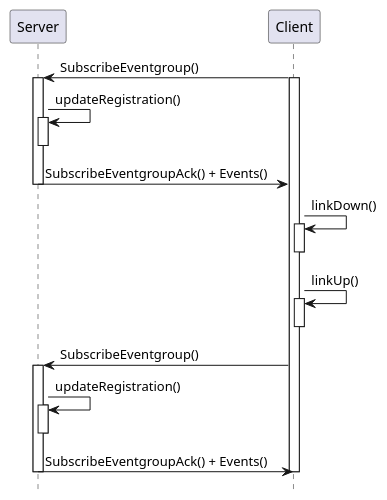
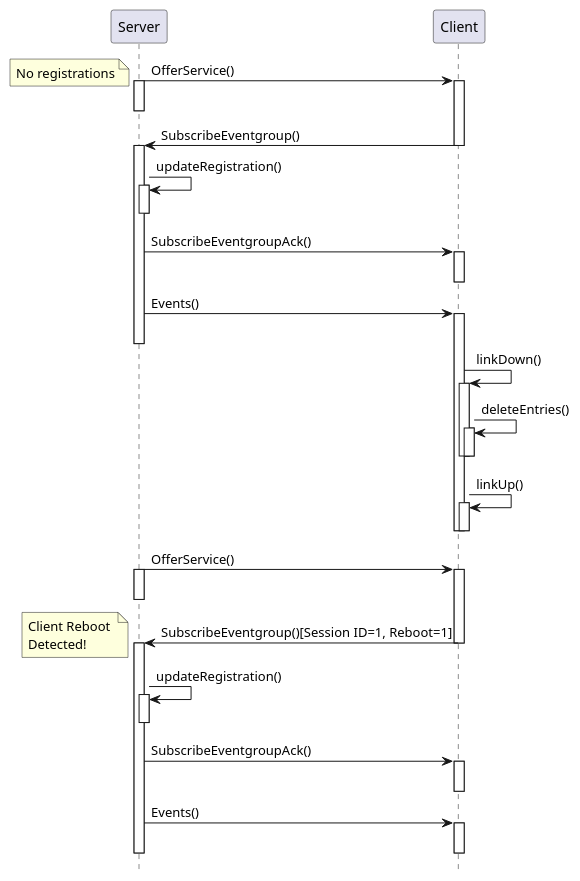
The diagram in src/images/plantuml/feat_req_someipsd_632.puml (some-ip-com/open-someip-spec), drawn with PlantUML before and after one commit. The commit also changed 16 other files, not shown here.

```diff
--- a/src/images/plantuml/feat_req_someipsd_632.puml
+++ b/src/images/plantuml/feat_req_someipsd_632.puml
@@ -1,29 +1,46 @@
 @startuml
 hide footbox
+Server -> Client ++: OfferService()
+note left
+    No registrations
+end note
+activate Server
+deactivate Server
+Client -> Server: SubscribeEventgroup()
+deactivate Client
 
-participant Server
-participant Client
-
-Client -> Server: SubscribeEventgroup()
-activate Client
 activate Server
 Server -> Server: updateRegistration()
 activate Server
 deactivate Server
-Server -> Client: SubscribeEventgroupAck() + Events()
+Server -> Client ++: SubscribeEventgroupAck()
+deactivate Client
+Server -> Client ++: Events()
 deactivate Server
-Client -> Client: linkDown()
+Client -> Client ++: linkDown()
+
+Client -> Client: deleteEntries()
 activate Client
 deactivate Client
-Client -> Client: linkUp()
-activate Client
 deactivate Client
-Client -> Server: SubscribeEventgroup()
+Client -> Client ++--: linkUp()
+deactivate Client
+Server -> Client ++: OfferService()
+activate Server
+deactivate Server
+Client -> Server: SubscribeEventgroup()[Session ID=1, Reboot=1]
+note left
+    Client Reboot 
+    Detected!
+end note
+deactivate Client
 activate Server
 Server -> Server: updateRegistration()
 activate Server
 deactivate Server
-Server -> Client: SubscribeEventgroupAck() + Events()
+Server -> Client ++: SubscribeEventgroupAck()
+deactivate Client
+Server -> Client ++: Events()
 deactivate Server
 deactivate Client
 @enduml
```
